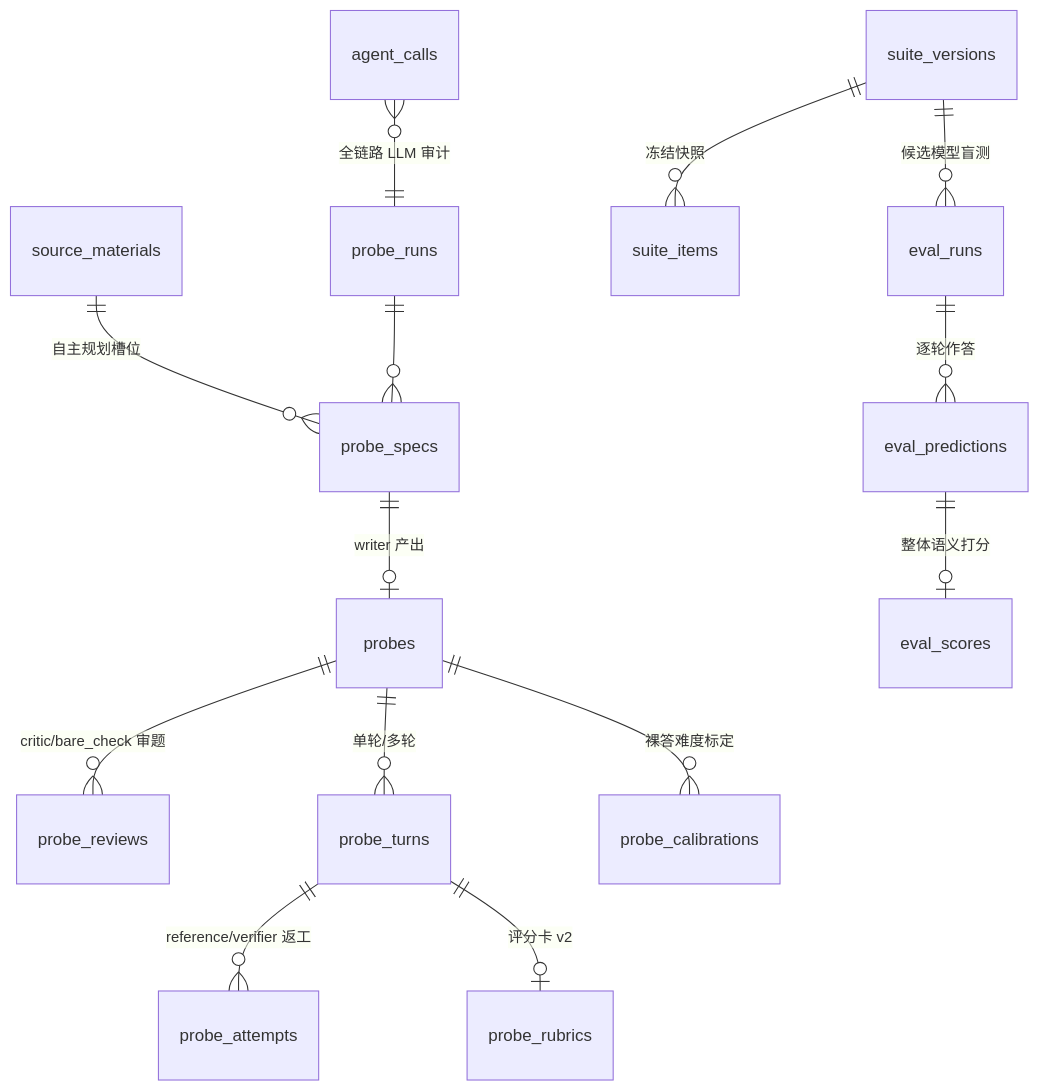
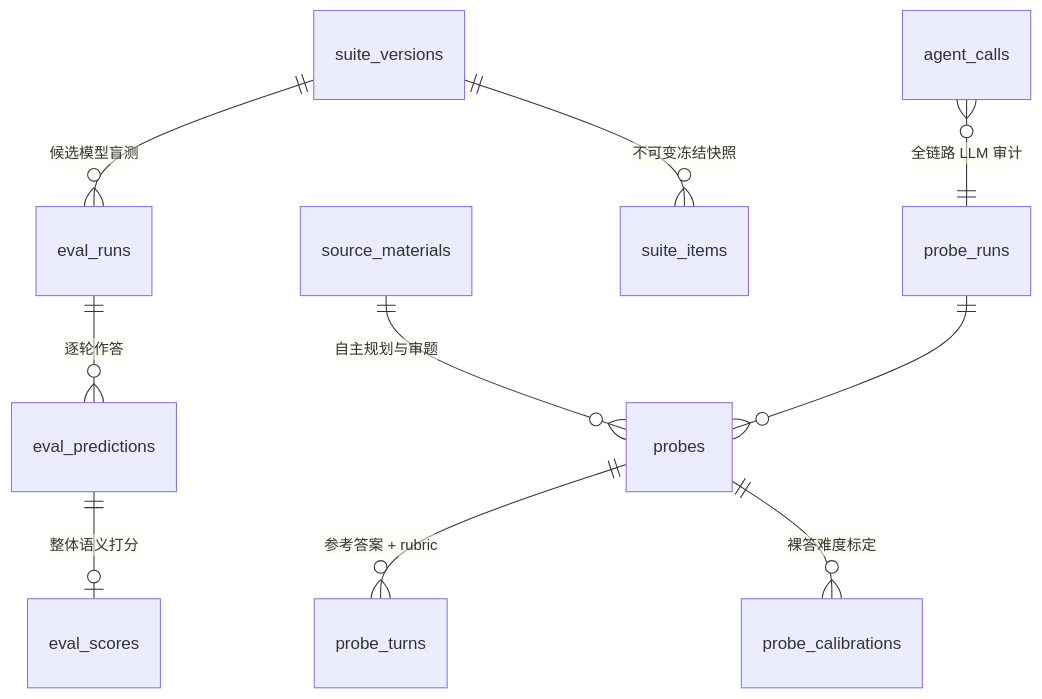
The diagram in docs/eval-probe-pipeline.md (chosenecho/pi-posttrain-loop), drawn with Mermaid before and after one commit. The commit also changed other lines of this file and 76 other files, not shown here.

First line of the commit message:
refactor(eval): unify eval pipeline into Schema v3 and streamline CLI

````diff
--- a/docs/eval-probe-pipeline.md
+++ b/docs/eval-probe-pipeline.md
@@ -179,16 +60,12 @@
 ```mermaid
 erDiagram
-  source_materials ||--o{ probe_specs : "自主规划槽位"
-  probe_runs ||--o{ probe_specs : ""
-  probe_specs ||--o| probes : "writer 产出"
-  probes ||--o{ probe_reviews : "critic/bare_check 审题"
-  probes ||--o{ probe_turns : "单轮/多轮"
-  probe_turns ||--o{ probe_attempts : "reference/verifier 返工"
-  probe_turns ||--o| probe_rubrics : "评分卡 v2"
+  source_materials ||--o{ probes : "自主规划与审题"
+  probe_runs ||--o{ probes : ""
+  probes ||--o{ probe_turns : "参考答案 + rubric"
   probes ||--o{ probe_calibrations : "裸答难度标定"
-  suite_versions ||--o{ suite_items : "冻结快照"
+  suite_versions ||--o{ suite_items : "不可变冻结快照"
   suite_versions ||--o{ eval_runs : "候选模型盲测"
   eval_runs ||--o{ eval_predictions : "逐轮作答"
   eval_predictions ||--o| eval_scores : "整体语义打分"
   agent_calls }o--|| probe_runs : "全链路 LLM 审计"
 ```
````
